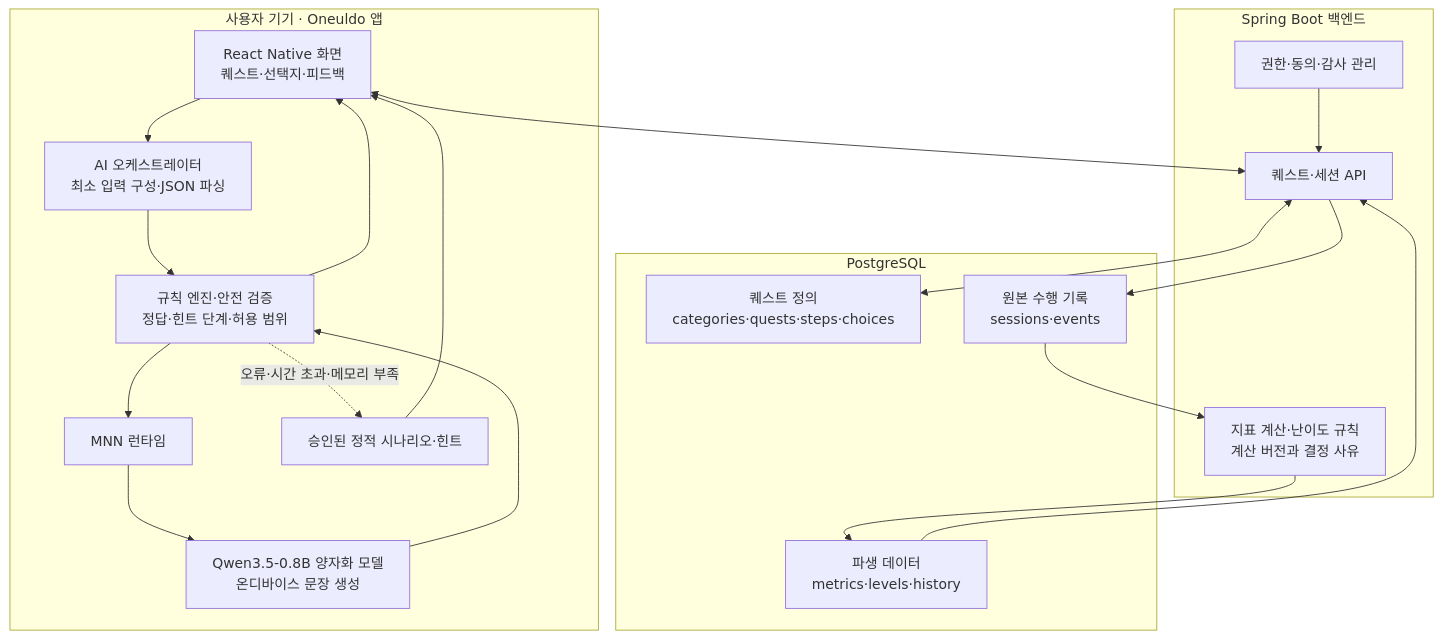
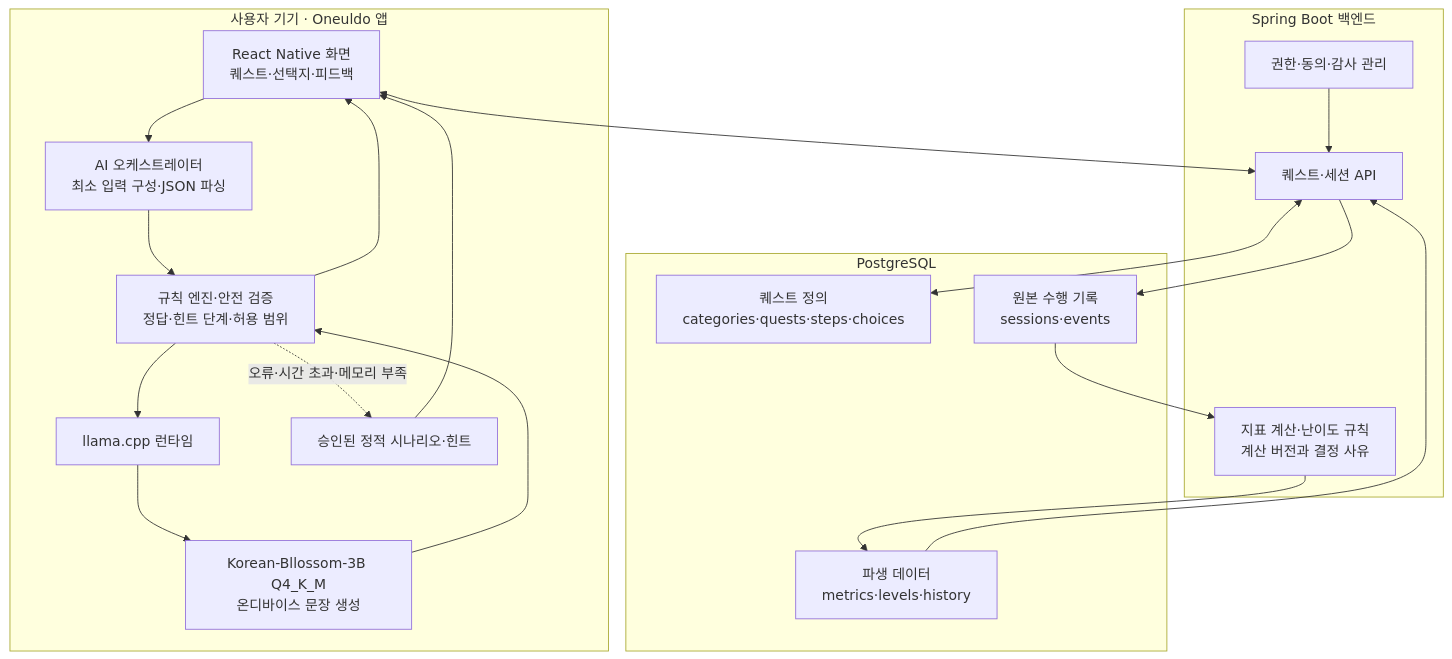
Before and after one commit to thisisdibellob/Oneuldo: the diagram in docs/ai/ai-system-design.md, drawn with Mermaid. The commit also changed other lines of this file and 71 other files, not shown here.

First line of the commit message:
feat: Bllossom 온디바이스 런타임 및 Phase 3 안전 계층 구현

````diff
--- a/docs/ai/ai-system-design.md
+++ b/docs/ai/ai-system-design.md
@@ -136,40 +136,40 @@
 ```mermaid
 flowchart TB
     subgraph Mobile["사용자 기기 · Oneuldo 앱"]
         UI["React Native 화면\n퀘스트·선택지·피드백"]
         Orchestrator["AI 오케스트레이터\n최소 입력 구성·JSON 파싱"]
         Guard["규칙 엔진·안전 검증\n정답·힌트 단계·허용 범위"]
-        Runtime["MNN 런타임"]
-        Model["Qwen3.5-0.8B 양자화 모델\n온디바이스 문장 생성"]
+        Runtime["llama.cpp 런타임"]
+        Model["Korean-Bllossom-3B Q4_K_M\n온디바이스 문장 생성"]
         Fallback["승인된 정적 시나리오·힌트"]
 
         UI --> Orchestrator
         Orchestrator --> Guard
         Guard --> Runtime
         Runtime --> Model
         Model --> Guard
         Guard --> UI
         Guard -. "오류·시간 초과·메모리 부족" .-> Fallback
         Fallback --> UI
     end
 
     subgraph Backend["Spring Boot 백엔드"]
         API["퀘스트·세션 API"]
         MetricRule["지표 계산·난이도 규칙\n계산 버전과 결정 사유"]
         Access["권한·동의·감사 관리"]
     end
 
     subgraph Database["PostgreSQL"]
         QuestData["퀘스트 정의\ncategories·quests·steps·choices"]
         RawData["원본 수행 기록\nsessions·events"]
         DerivedData["파생 데이터\nmetrics·levels·history"]
     end
 
     UI <--> API
     API <--> QuestData
     API --> RawData
     RawData --> MetricRule
     MetricRule --> DerivedData
     DerivedData --> API
     Access --> API
 ```
````
